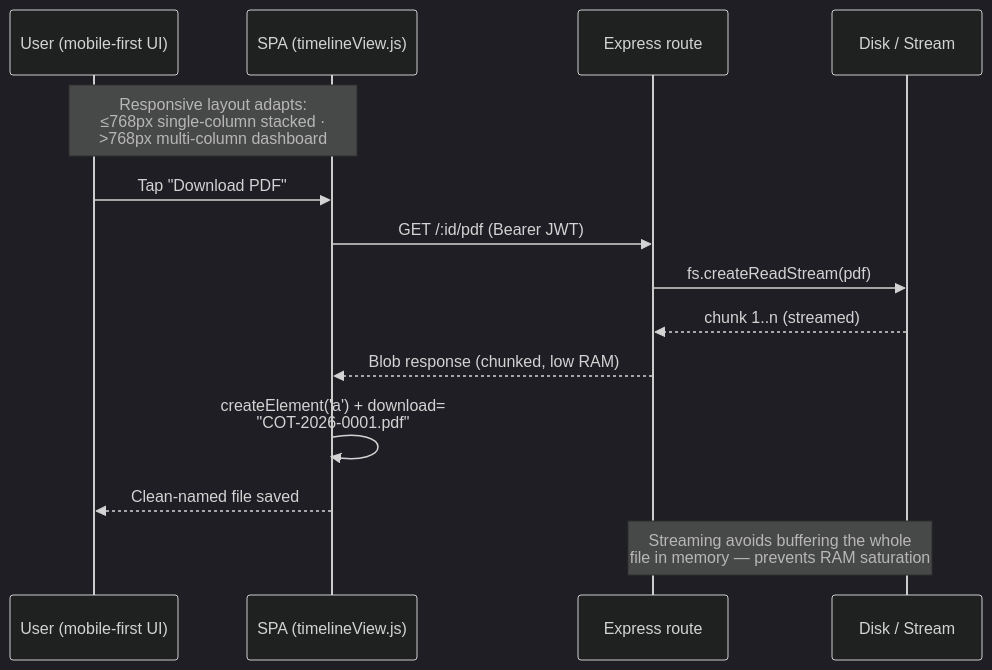
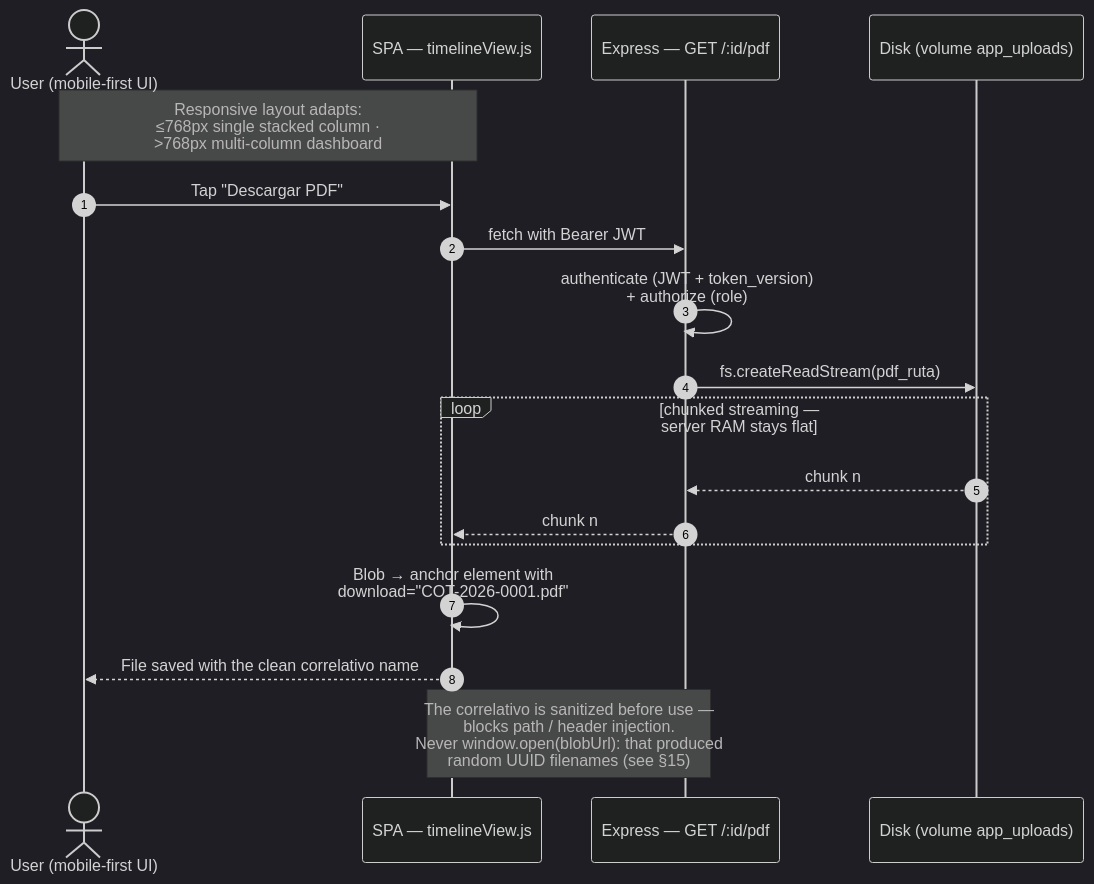
The fourth of 7 diagrams in README.md (AdrianGareca/rc-tractoparts), drawn with Mermaid (dark theme) before and after one commit. The commit also changed other lines of this file and 1 other file, not shown here.

````diff
--- a/README.md
+++ b/README.md
@@ -172,17 +190,21 @@
 ```mermaid
 sequenceDiagram
-    participant U as User (mobile-first UI)
-    participant FE as SPA (timelineView.js)
-    participant API as Express route
-    participant FS as Disk / Stream
+    autonumber
+    actor U as User (mobile-first UI)
+    participant FE as SPA — timelineView.js
+    participant API as Express — GET /:id/pdf
+    participant FS as Disk (volume app_uploads)
 
-    Note over U,FE: Responsive layout adapts:<br/>≤768px single-column stacked ·<br/>>768px multi-column dashboard
-    U->>FE: Tap "Download PDF"
-    FE->>API: GET /:id/pdf (Bearer JWT)
-    API->>FS: fs.createReadStream(pdf)
-    FS-->>API: chunk 1..n (streamed)
-    API-->>FE: Blob response (chunked, low RAM)
-    FE->>FE: createElement('a') + download=<br/>"COT-2026-0001.pdf"
-    FE-->>U: Clean-named file saved
-    Note over API,FS: Streaming avoids buffering the whole<br/>file in memory — prevents RAM saturation
+    Note over U,FE: Responsive layout adapts:<br/>≤768px single stacked column ·<br/>>768px multi-column dashboard
+    U->>FE: Tap "Descargar PDF"
+    FE->>API: fetch with Bearer JWT
+    API->>API: authenticate (JWT + token_version)<br/>+ authorize (role)
+    API->>FS: fs.createReadStream(pdf_ruta)
+    loop chunked streaming — server RAM stays flat
+        FS-->>API: chunk n
+        API-->>FE: chunk n
+    end
+    FE->>FE: Blob → anchor element with<br/>download="COT-2026-0001.pdf"
+    FE-->>U: File saved with the clean correlativo name
+    Note over FE,API: The correlativo is sanitized before use —<br/>blocks path / header injection.<br/>Never window.open(blobUrl): that produced<br/>random UUID filenames (see §15)
 ```
````
